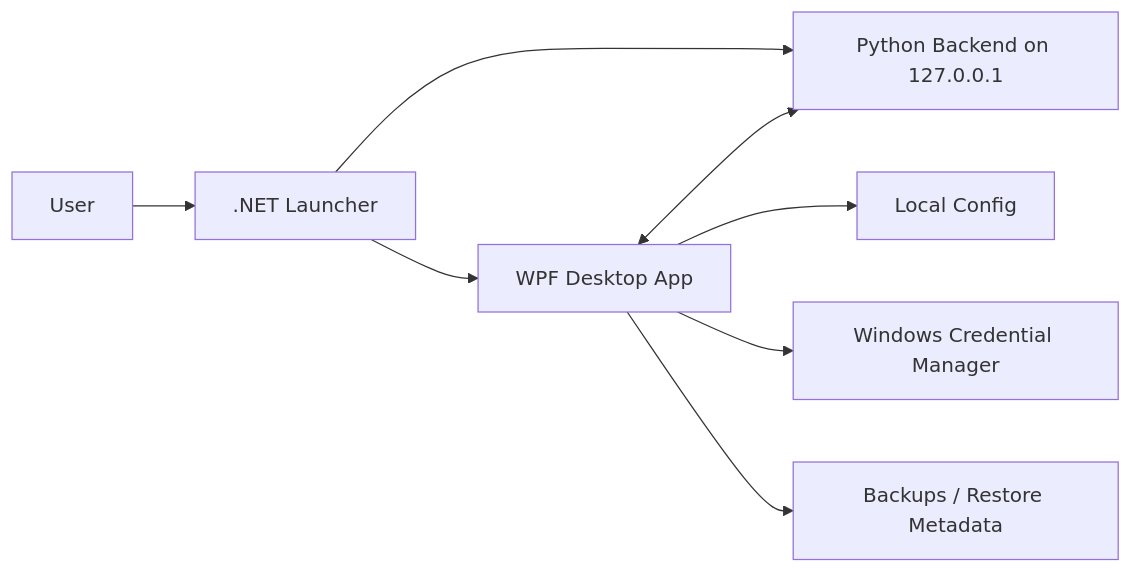
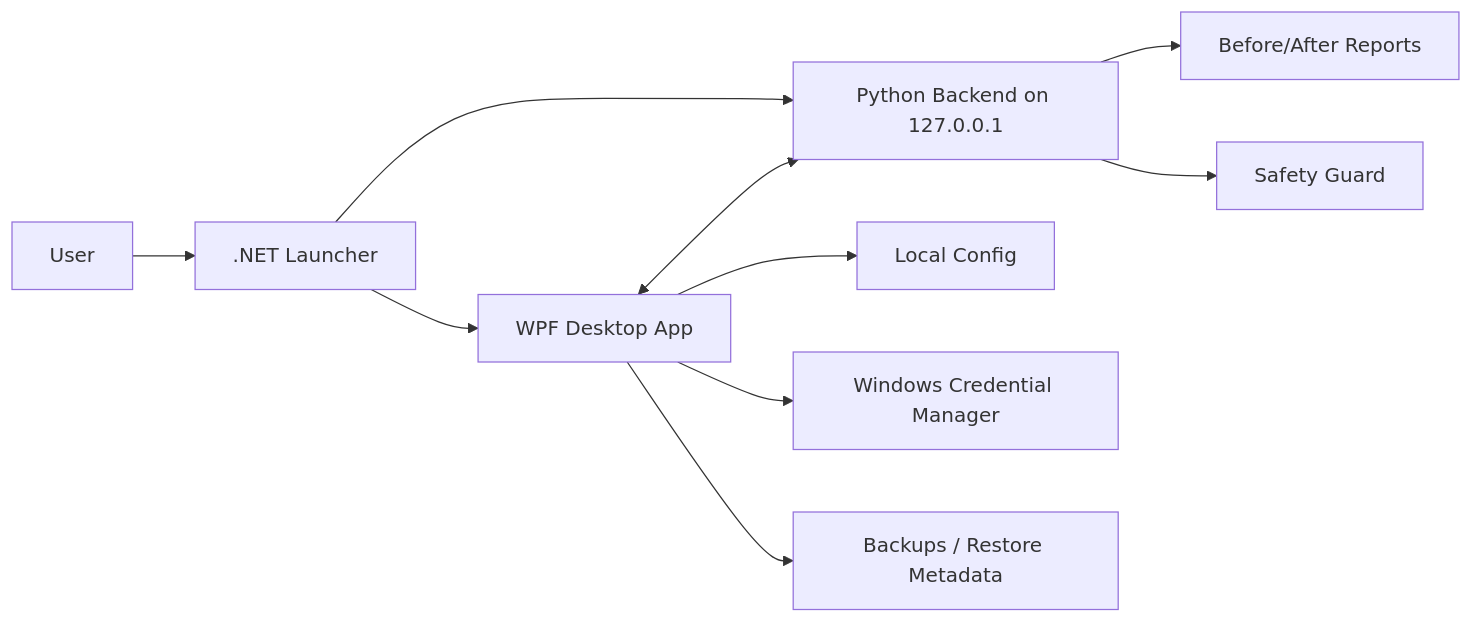
One commit to jxxzy/HyperBoostX changed the diagram in README.md. Above: the diagram before and after it, drawn with Mermaid. The commit also changed other lines of this file, not shown here.

````diff
--- a/README.md
+++ b/README.md
@@ -232,10 +368,12 @@
 ```mermaid
 flowchart LR
     User[User] --> Launcher[.NET Launcher]
     Launcher --> Backend[Python Backend on 127.0.0.1]
     Launcher --> WPF[WPF Desktop App]
     WPF <--> Backend
     WPF --> Config[Local Config]
     WPF --> Creds[Windows Credential Manager]
     WPF --> Restore[Backups / Restore Metadata]
+    Backend --> Reports[Before/After Reports]
+    Backend --> Guard[Safety Guard]
 ```
````
